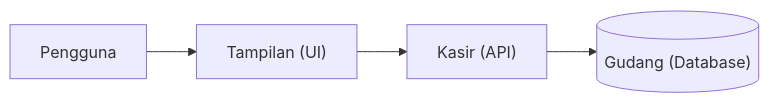
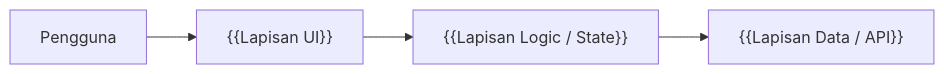
The diagram in templates/root-readme-template.md (galihtra/babydocs), drawn with Mermaid before and after one commit. The commit also changed other lines of this file and 4 other files, not shown here.

Commit message:
feat: add architecture rationale, library comparisons, usage tracking, tight component crops, flexible page structure, and natural tone

````diff
--- a/templates/root-readme-template.md
+++ b/templates/root-readme-template.md
@@ -21,6 +26,6 @@
 ```mermaid
 flowchart LR
-    user["Pengguna"] --> ui["Tampilan (UI)"]
-    ui --> api["Kasir (API)"]
-    api --> db[("Gudang (Database)")]
+    user["Pengguna"] --> ui["{{Lapisan UI}}"]
+    ui --> logic["{{Lapisan Logic / State}}"]
+    logic --> data["{{Lapisan Data / API}}"]
 ```
````
